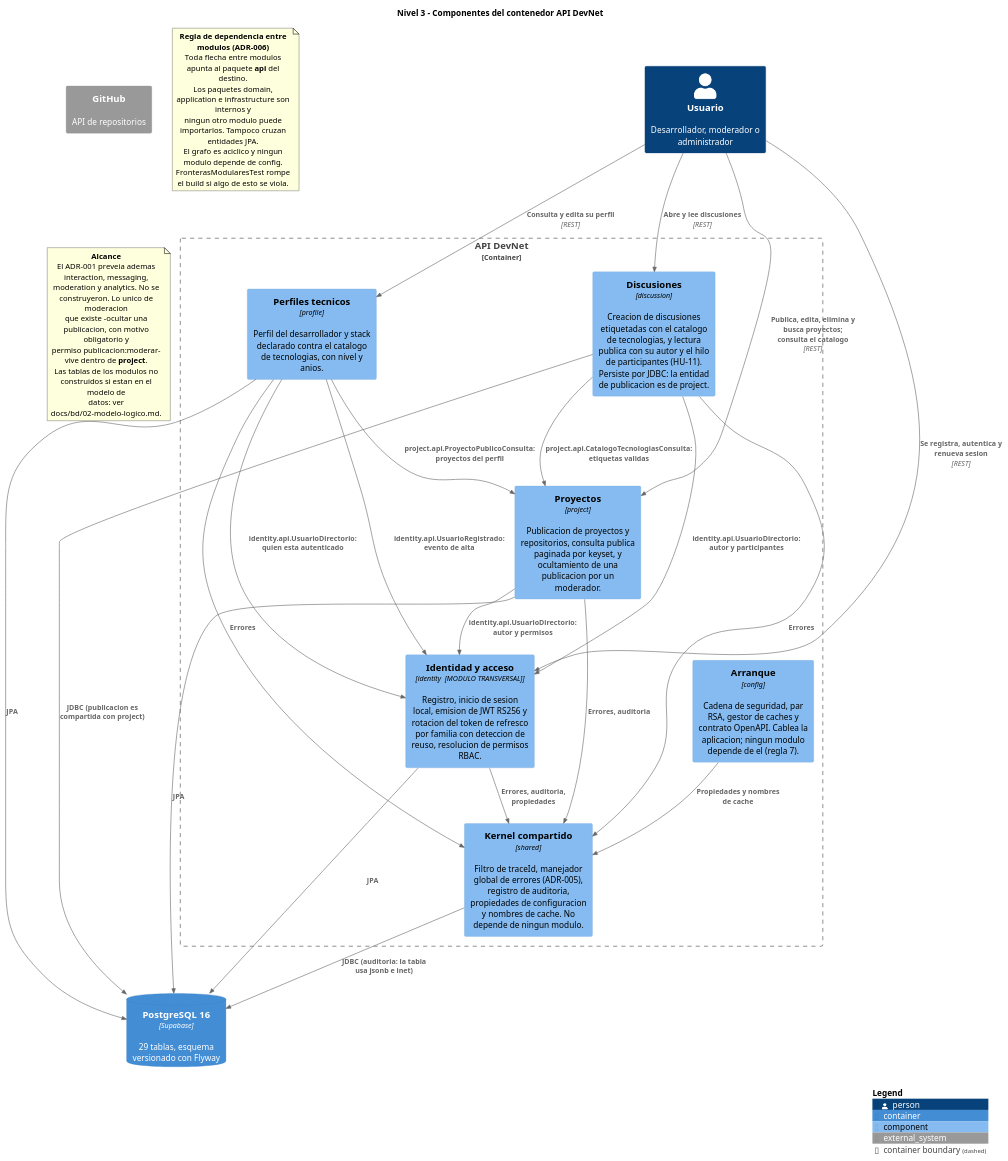
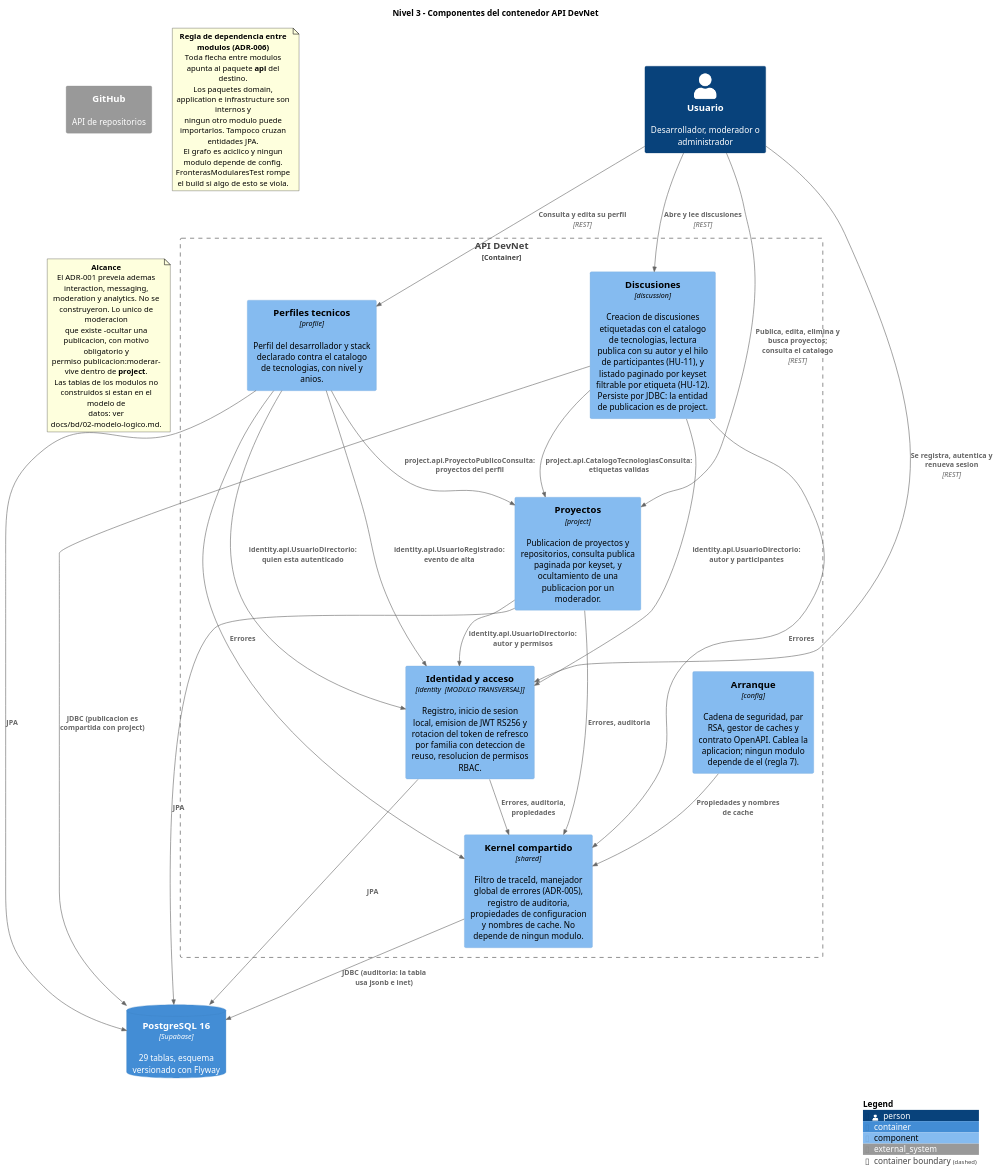
One commit to EAP02/EAP02-Back changed the diagram in docs/arquitectura/c4-03-componentes-api.puml. Above: the diagram before and after it, drawn with PlantUML. The commit also changed 10 other files, not shown here.

Commit message:
HU12: listar y filtrar discusiones por etiqueta

```diff
--- a/docs/arquitectura/c4-03-componentes-api.puml
+++ b/docs/arquitectura/c4-03-componentes-api.puml
@@ -1,81 +1,81 @@
 @startuml c4-03-componentes-api
 ' DevNet - Red Social para Desarrolladores
 ' C4 Nivel 3: Componentes dentro del contenedor "API DevNet"
 '
 ' Este diagrama refleja el codigo, no el alcance previsto. Cada caja existe como
 ' paquete bajo com.codefactory.devnet y cada flecha es un import verificable.
 ' El §4.1 exige que los diagramas coincidan con el codigo desplegado.
 '
 ' Sin conexion a internet, reemplazar el include por: !include <C4/C4_Component>
 !include https://raw.githubusercontent.com/plantuml-stdlib/C4-PlantUML/master/C4_Component.puml
 
 title Nivel 3 - Componentes del contenedor API DevNet
 
 Person(usuario, "Usuario", "Desarrollador, moderador o administrador")
 
 Container_Boundary(api, "API DevNet") {
 
     Component(identity, "Identidad y acceso", "identity  [MODULO TRANSVERSAL]", "Registro, inicio de sesion local, emision de JWT RS256 y rotacion del token de refresco por familia con deteccion de reuso, resolucion de permisos RBAC.")
 
     Component(profile, "Perfiles tecnicos", "profile", "Perfil del desarrollador y stack declarado contra el catalogo de tecnologias, con nivel y anios.")
 
     Component(project, "Proyectos", "project", "Publicacion de proyectos y repositorios, consulta publica paginada por keyset, y ocultamiento de una publicacion por un moderador.")
 
-    Component(discussion, "Discusiones", "discussion", "Creacion de discusiones etiquetadas con el catalogo de tecnologias, y lectura publica con su autor y el hilo de participantes (HU-11). Persiste por JDBC: la entidad de publicacion es de project.")
+    Component(discussion, "Discusiones", "discussion", "Creacion de discusiones etiquetadas con el catalogo de tecnologias, lectura publica con su autor y el hilo de participantes (HU-11), y listado paginado por keyset filtrable por etiqueta (HU-12). Persiste por JDBC: la entidad de publicacion es de project.")
 
     Component(shared, "Kernel compartido", "shared", "Filtro de traceId, manejador global de errores (ADR-005), registro de auditoria, propiedades de configuracion y nombres de cache. No depende de ningun modulo.")
 
     Component(config, "Arranque", "config", "Cadena de seguridad, par RSA, gestor de caches y contrato OpenAPI. Cablea la aplicacion; ningun modulo depende de el (regla 7).")
 }
 
 ContainerDb(bd, "PostgreSQL 16", "Supabase", "29 tablas, esquema versionado con Flyway")
 System_Ext(github, "GitHub", "API de repositorios")
 
 Rel(usuario, identity, "Se registra, autentica y renueva sesion", "REST")
 Rel(usuario, profile, "Consulta y edita su perfil", "REST")
 Rel(usuario, project, "Publica, edita, elimina y busca proyectos; consulta el catalogo", "REST")
 Rel(usuario, discussion, "Abre y lee discusiones", "REST")
 
 ' --- Dependencias entre modulos. Siempre hacia el paquete api del destino (ADR-006).
 Rel_D(profile, identity, "identity.api.UsuarioDirectorio: quien esta autenticado")
 Rel_D(profile, identity, "identity.api.UsuarioRegistrado: evento de alta")
 Rel_D(profile, project, "project.api.ProyectoPublicoConsulta: proyectos del perfil")
 Rel_D(project, identity, "identity.api.UsuarioDirectorio: autor y permisos")
 Rel_D(discussion, identity, "identity.api.UsuarioDirectorio: autor y participantes")
 Rel_D(discussion, project, "project.api.CatalogoTecnologiasConsulta: etiquetas validas")
 
 ' --- Todos los modulos consumen el kernel.
 Rel_D(identity, shared, "Errores, auditoria, propiedades")
 Rel_D(profile, shared, "Errores")
 Rel_D(project, shared, "Errores, auditoria")
 Rel_D(discussion, shared, "Errores")
 Rel_D(config, shared, "Propiedades y nombres de cache")
 
 Rel(identity, bd, "JPA")
 Rel(profile, bd, "JPA")
 Rel(project, bd, "JPA")
 Rel(discussion, bd, "JDBC (publicacion es compartida con project)")
 Rel(shared, bd, "JDBC (auditoria: la tabla usa jsonb e inet)")
 
 SHOW_LEGEND()
 
 note as N1
   <b>Regla de dependencia entre modulos (ADR-006)</b>
   Toda flecha entre modulos apunta al paquete <b>api</b> del destino.
   Los paquetes domain, application e infrastructure son internos y
   ningun otro modulo puede importarlos. Tampoco cruzan entidades JPA.
   El grafo es aciclico y ningun modulo depende de config.
   FronterasModularesTest rompe el build si algo de esto se viola.
 end note
 
 note as N2
   <b>Alcance</b>
   El ADR-001 preveia ademas interaction, messaging,
   moderation y analytics. No se construyeron. Lo unico de moderacion
   que existe -ocultar una publicacion, con motivo obligatorio y
   permiso publicacion:moderar- vive dentro de <b>project</b>.
   Las tablas de los modulos no construidos si estan en el modelo de
   datos: ver docs/bd/02-modelo-logico.md.
 end note
 
 @enduml
```
